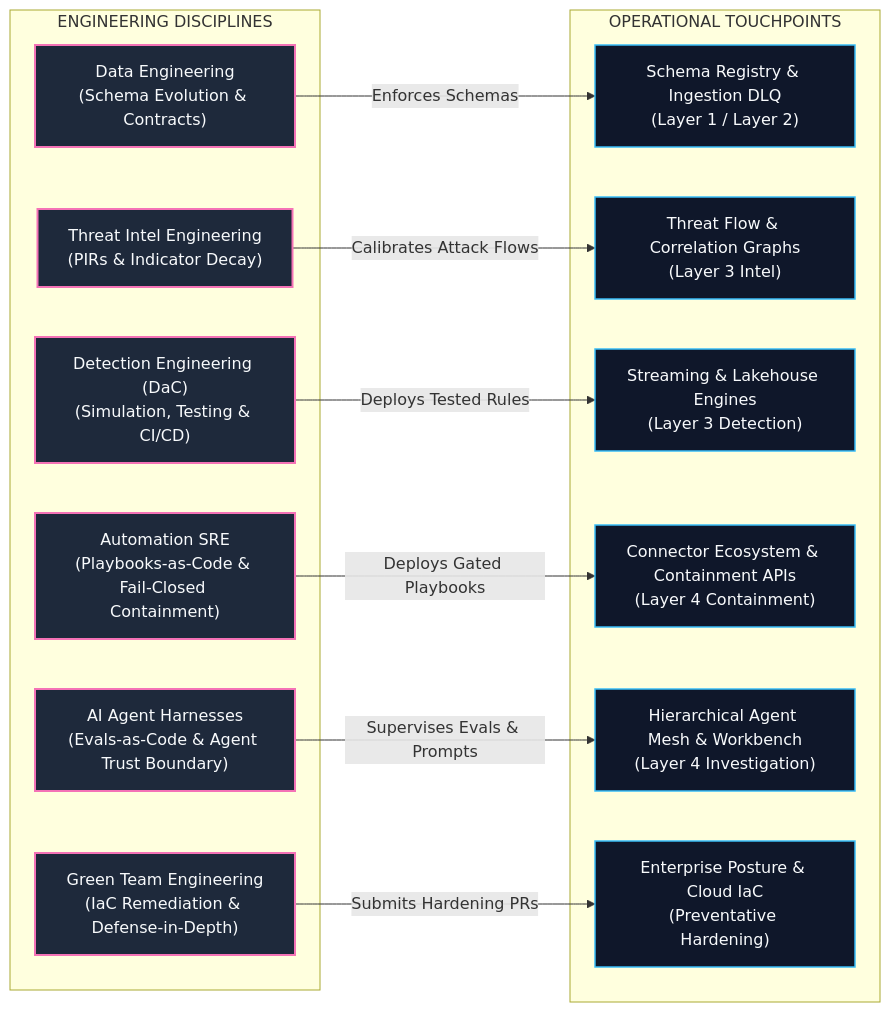
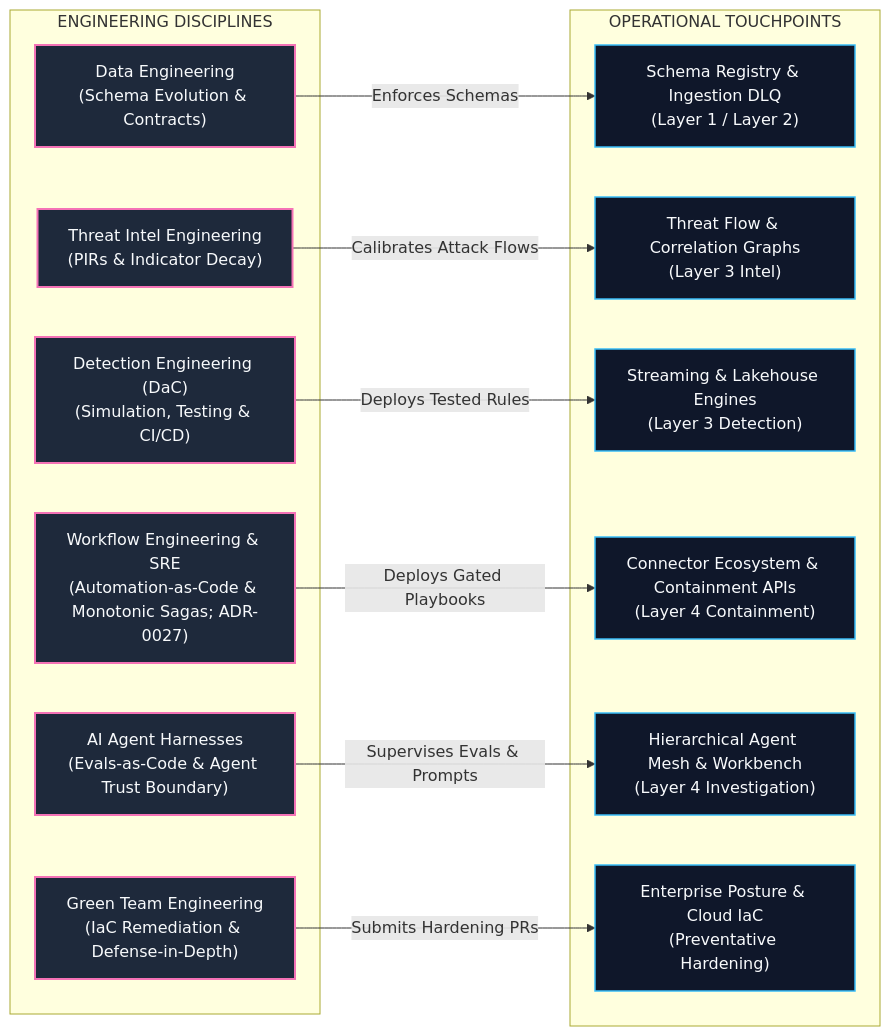
Before and after one commit to Haribu/TIDIR: the second of 3 diagrams in docs/architecture/01-system-overview.md, drawn with Mermaid. The commit also changed other lines of this file and 17 other files, not shown here.

Commit message:
feat(architecture): add workflow orchestration ADR-0027, OpenID SSE actuation, 4-tier exposure ingress, and multi-source risk calibration (v1.17.0)

````diff
--- a/docs/architecture/01-system-overview.md
+++ b/docs/architecture/01-system-overview.md
@@ -118,31 +118,31 @@
 ```mermaid
 flowchart LR
   %% Styling Classes
   classDef eng fill:#1e293b,stroke:#f472b6,stroke-width:2px,color:#f8fafc;
   classDef target fill:#0f172a,stroke:#38bdf8,stroke-width:1.5px,color:#f8fafc;
 
   subgraph DISCIPLINES ["ENGINEERING DISCIPLINES"]
     E1["Data Engineering\n(Schema Evolution & Contracts)"]:::eng
     E2["Threat Intel Engineering\n(PIRs & Indicator Decay)"]:::eng
     E3["Detection Engineering (DaC)\n(Simulation, Testing & CI/CD)"]:::eng
-    E4["Automation SRE\n(Playbooks-as-Code & Fail-Closed Containment)"]:::eng
+    E4["Workflow Engineering & SRE\n(Automation-as-Code & Monotonic Sagas; ADR-0027)"]:::eng
     E5["AI Agent Harnesses\n(Evals-as-Code & Agent Trust Boundary)"]:::eng
     E6["Green Team Engineering\n(IaC Remediation & Defense-in-Depth)"]:::eng
   end
 
   subgraph TARGETS ["OPERATIONAL TOUCHPOINTS"]
     T_REG["Schema Registry & Ingestion DLQ\n(Layer 1 / Layer 2)"]:::target
     T_GRAPH["Threat Flow & Correlation Graphs\n(Layer 3 Intel)"]:::target
     T_ENG["Streaming & Lakehouse Engines\n(Layer 3 Detection)"]:::target
     T_RESP["Connector Ecosystem & Containment APIs\n(Layer 4 Containment)"]:::target
     T_OPS["Hierarchical Agent Mesh & Workbench\n(Layer 4 Investigation)"]:::target
     T_PREV["Enterprise Posture & Cloud IaC\n(Preventative Hardening)"]:::target
   end
 
   E1 -->|Enforces Schemas| T_REG
   E2 -->|Calibrates Attack Flows| T_GRAPH
   E3 -->|Deploys Tested Rules| T_ENG
   E4 -->|Deploys Gated Playbooks| T_RESP
   E5 -->|Supervises Evals & Prompts| T_OPS
   E6 -->|Submits Hardening PRs| T_PREV
 ```
````
